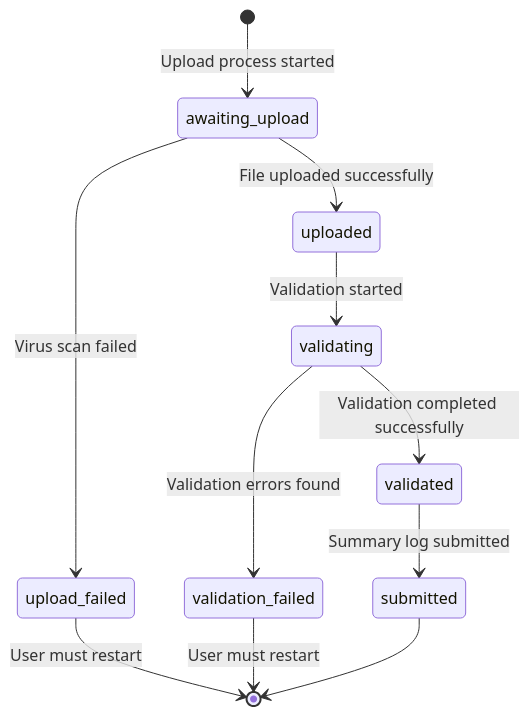
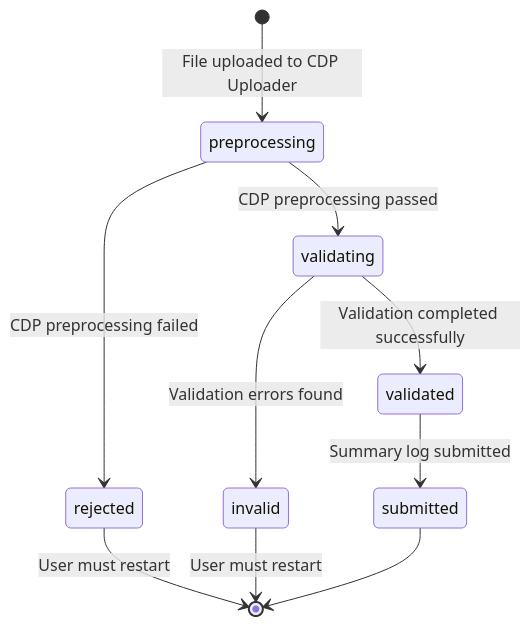
One commit to DEFRA/epr-backend changed the third of 10 diagrams in docs/architecture/discovery/pepr-hld.md. Above: the diagram before and after it, drawn with Mermaid. The commit also changed other lines of this file and 1 other file, not shown here.

Commit message:
Update summary log upload flow and state names

````diff
--- a/docs/architecture/discovery/pepr-hld.md
+++ b/docs/architecture/discovery/pepr-hld.md
@@ -247,13 +247,12 @@
 ```mermaid
 stateDiagram-v2
-    [*] --> awaiting_upload: Upload process started
-    awaiting_upload --> uploaded: File uploaded successfully
-    awaiting_upload --> upload_failed: Virus scan failed
-    uploaded --> validating: Validation started
-    validating --> validation_failed: Validation errors found
+    [*] --> preprocessing: File uploaded to CDP Uploader
+    preprocessing --> rejected: CDP preprocessing failed
+    preprocessing --> validating: CDP preprocessing passed
+    validating --> invalid: Validation errors found
     validating --> validated: Validation completed successfully
     validated --> submitted: Summary log submitted
-    upload_failed --> [*]: User must restart
-    validation_failed --> [*]: User must restart
+    rejected --> [*]: User must restart
+    invalid --> [*]: User must restart
     submitted --> [*]
 ```
````
